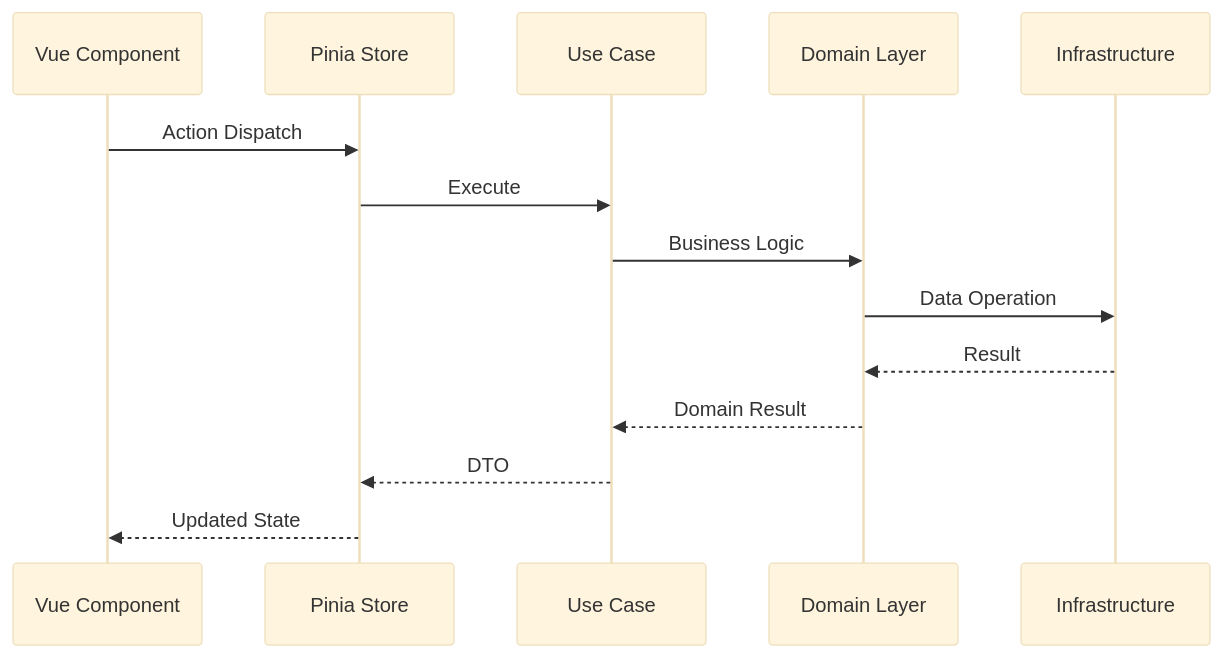
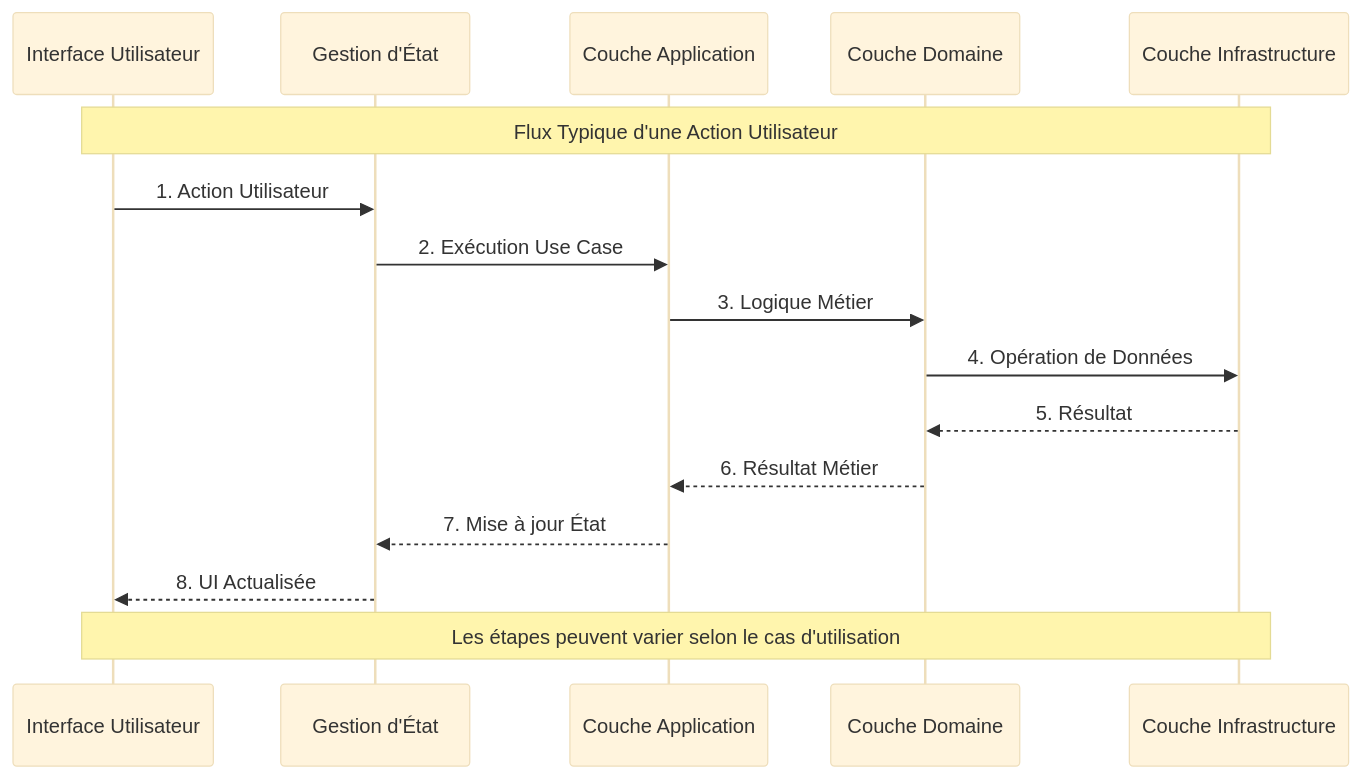
One commit to giak/user-story-mapping-clean changed the second of 3 diagrams in docs/clean-architecture/01-introduction/01-overview.md. Above: the diagram before and after it, drawn with Mermaid (base theme). The commit also changed other lines of this file and 18 other files, not shown here.

````diff
--- a/docs/clean-architecture/01-introduction/01-overview.md
+++ b/docs/clean-architecture/01-introduction/01-overview.md
@@ -279,17 +227,21 @@
 ```mermaid
 sequenceDiagram
-    participant UI as Vue Component
-    participant Store as Pinia Store
-    participant UseCase as Use Case
-    participant Domain as Domain Layer
-    participant Infra as Infrastructure
+    participant UI as Interface Utilisateur
+    participant Store as Gestion d'État
+    participant App as Couche Application
+    participant Domain as Couche Domaine
+    participant Infra as Couche Infrastructure
 
-    UI->>Store: Action Dispatch
-    Store->>UseCase: Execute
-    UseCase->>Domain: Business Logic
-    Domain->>Infra: Data Operation
-    Infra-->>Domain: Result
-    Domain-->>UseCase: Domain Result
-    UseCase-->>Store: DTO
-    Store-->>UI: Updated State
+    Note over UI,Infra: Flux Typique d'une Action Utilisateur
+
+    UI->>Store: 1. Action Utilisateur
+    Store->>App: 2. Exécution Use Case
+    App->>Domain: 3. Logique Métier
+    Domain->>Infra: 4. Opération de Données
+    Infra-->>Domain: 5. Résultat
+    Domain-->>App: 6. Résultat Métier
+    App-->>Store: 7. Mise à jour État
+    Store-->>UI: 8. UI Actualisée
+
+    Note over UI,Infra: Les étapes peuvent varier selon le cas d'utilisation
 ```
````
